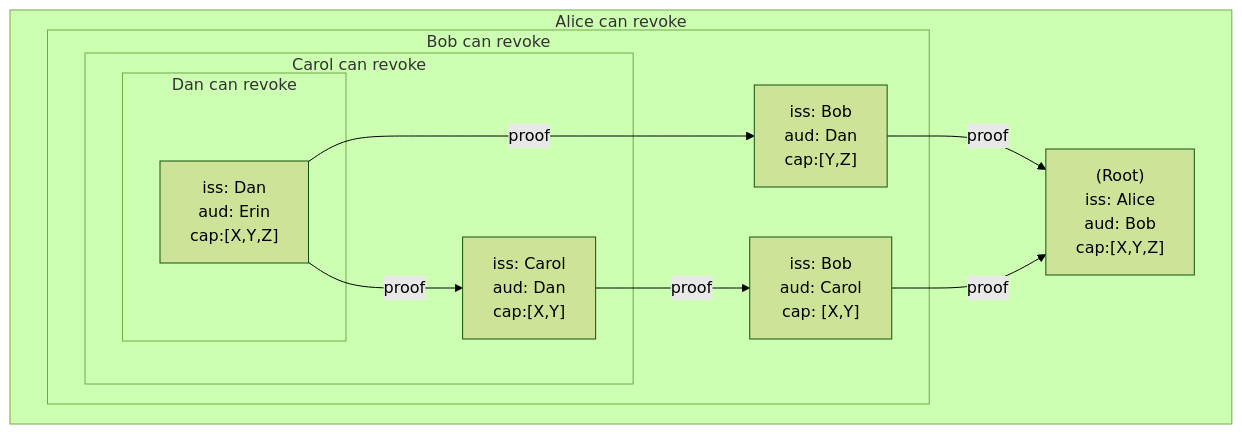
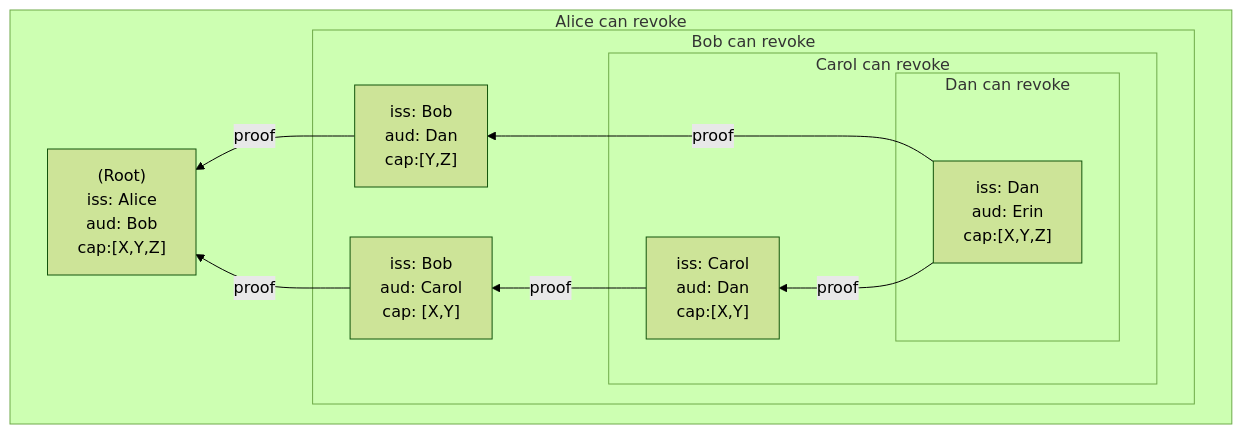
Before and after one commit to ucan-wg/revocation: the second of 2 diagrams in README.md, drawn with Mermaid (forest theme).

Commit message:
Fix second diagram

````diff
--- a/README.md
+++ b/README.md
@@ -123,25 +123,27 @@
 ``` mermaid
 flowchart TB
     subgraph RA[Alice can revoke]
+        direction RL
+        
         AB["(Root)\niss: Alice\naud: Bob\ncap:[X,Y,Z]"]
 
         subgraph RB[Bob can revoke]
             BC["iss: Bob\naud: Carol\ncap: [X,Y]"]
             BD["iss: Bob\naud: Dan\ncap:[Y,Z]"]
 
             subgraph RC[Carol can revoke]
                 CD["iss: Carol\naud: Dan\ncap:[X,Y]"]
 
                 subgraph RD[Dan can revoke]
                     DE["iss: Dan\naud: Erin\ncap:[X,Y,Z]"]
                 end
             end
         end
     end
 
     BD -->|proof| AB
     BC -->|proof| AB
     CD -->|proof| BC
     DE -->|proof| CD
     DE -->|proof| BD
 ```
````
